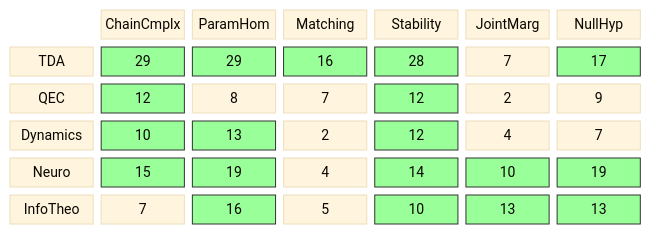
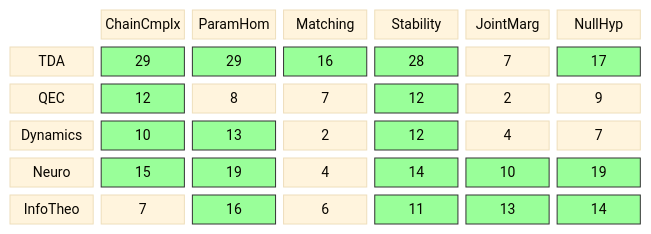
One commit to musicofhel/topoyolo changed the diagram in diagrams/coverage-matrix.md. Above: the diagram before and after it, drawn with Mermaid. The commit also changed other lines of this file and 7 other files, not shown here.

````diff
--- a/diagrams/coverage-matrix.md
+++ b/diagrams/coverage-matrix.md
@@ -21,32 +21,32 @@
 ```mermaid
 %%{init: {'theme': 'base', 'themeVariables': {'fontSize': '14px'}}}%%
 block-beta
   columns 7
 
   space:1 CC["ChainCmplx"] PH["ParamHom"] MA["Matching"] ST["Stability"] JM["JointMarg"] NH["NullHyp"]
 
   TDA["TDA"] TDA_CC["29"] TDA_PH["29"] TDA_MA["16"] TDA_ST["28"] TDA_JM["7"] TDA_NH["17"]
   QEC["QEC"] QEC_CC["12"] QEC_PH["8"] QEC_MA["7"] QEC_ST["12"] QEC_JM["2"] QEC_NH["9"]
   DYN["Dynamics"] DYN_CC["10"] DYN_PH["13"] DYN_MA["2"] DYN_ST["12"] DYN_JM["4"] DYN_NH["7"]
   NEU["Neuro"] NEU_CC["15"] NEU_PH["19"] NEU_MA["4"] NEU_ST["14"] NEU_JM["10"] NEU_NH["19"]
-  IT["InfoTheo"] IT_CC["7"] IT_PH["16"] IT_MA["5"] IT_ST["10"] IT_JM["13"] IT_NH["13"]
+  IT["InfoTheo"] IT_CC["7"] IT_PH["16"] IT_MA["6"] IT_ST["11"] IT_JM["13"] IT_NH["14"]
   style TDA_CC fill:#9f9,stroke:#333
   style TDA_PH fill:#9f9,stroke:#333
   style TDA_MA fill:#9f9,stroke:#333
   style TDA_ST fill:#9f9,stroke:#333
   style TDA_NH fill:#9f9,stroke:#333
   style QEC_CC fill:#9f9,stroke:#333
   style QEC_ST fill:#9f9,stroke:#333
   style DYN_CC fill:#9f9,stroke:#333
   style DYN_PH fill:#9f9,stroke:#333
   style DYN_ST fill:#9f9,stroke:#333
   style NEU_CC fill:#9f9,stroke:#333
   style NEU_PH fill:#9f9,stroke:#333
   style NEU_ST fill:#9f9,stroke:#333
   style NEU_JM fill:#9f9,stroke:#333
   style NEU_NH fill:#9f9,stroke:#333
   style IT_PH fill:#9f9,stroke:#333
   style IT_ST fill:#9f9,stroke:#333
   style IT_JM fill:#9f9,stroke:#333
   style IT_NH fill:#9f9,stroke:#333
 ```
````
